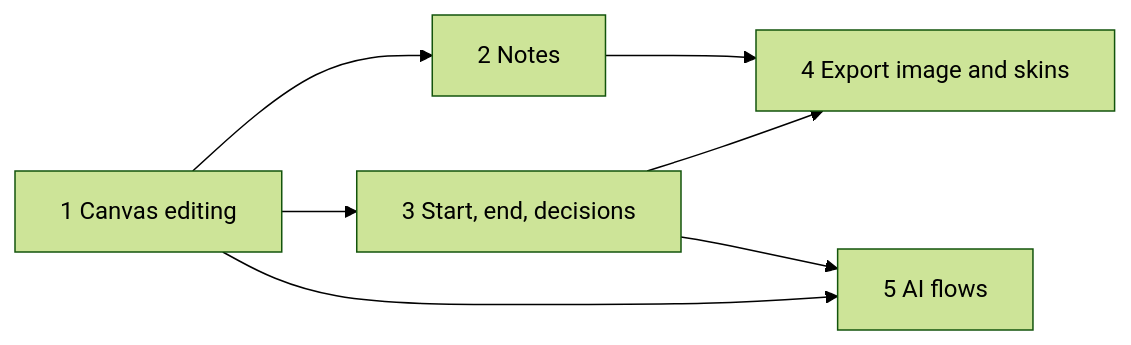
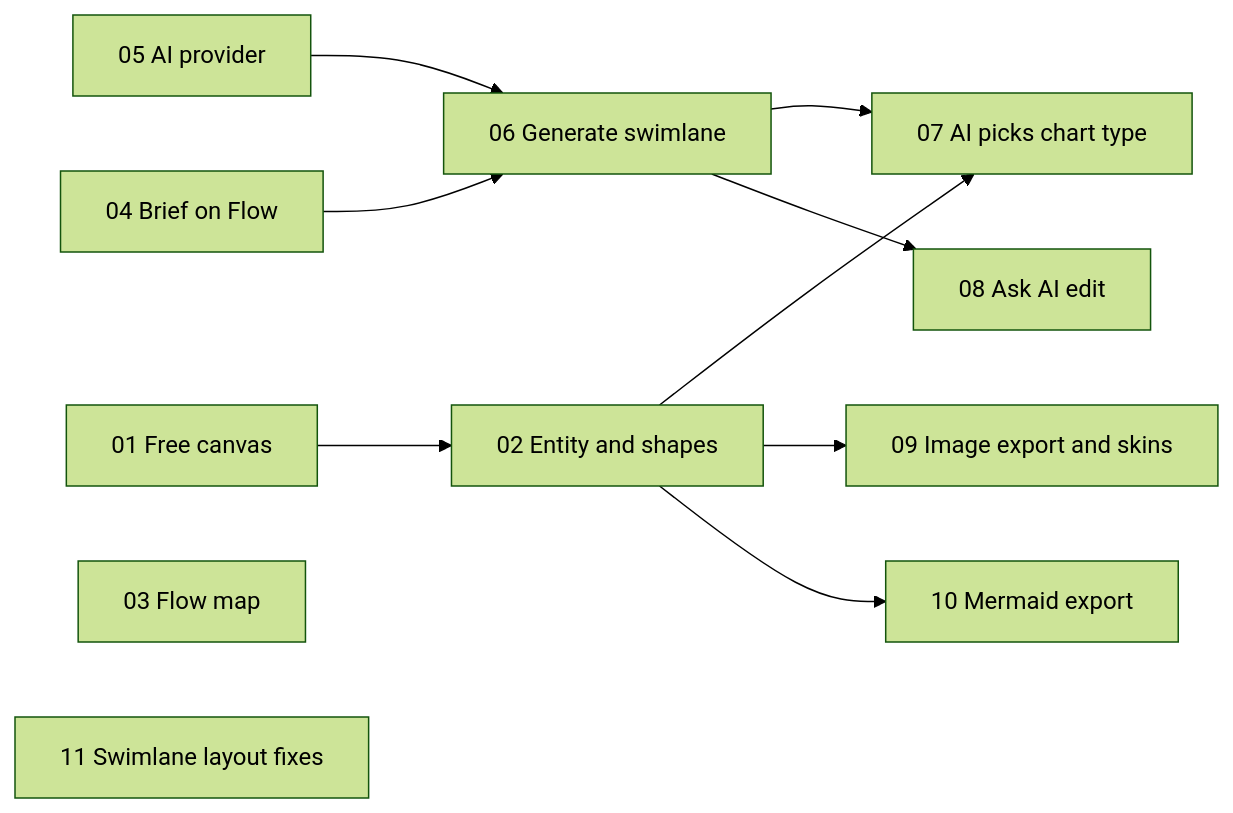
Before and after one commit to hayden-thai-berries/note-map-tool: the diagram in docs/PLAN-flow-canvas.md, drawn with Mermaid (forest theme). The commit also changed other lines of this file and 11 other files, not shown here.

First line of the commit message:
docs: plan phases 4 to 7 (free canvas, AI flows, Flow map) and ticket breakdown

````diff
--- a/docs/PLAN-flow-canvas.md
+++ b/docs/PLAN-flow-canvas.md
@@ -32,9 +36,13 @@
 ```mermaid
 flowchart LR
-  P1[1 Canvas editing] --> P2[2 Notes]
-  P1 --> P3[3 Start, end, decisions]
-  P2 --> P4[4 Export image and skins]
-  P3 --> P4
-  P1 --> P5[5 AI flows]
-  P3 --> P5
+  T5[05 AI provider] --> T6[06 Generate swimlane]
+  T4[04 Brief on Flow] --> T6
+  T1[01 Free canvas] --> T2[02 Entity and shapes]
+  T2 --> T7[07 AI picks chart type]
+  T6 --> T7
+  T6 --> T8[08 Ask AI edit]
+  T2 --> T9[09 Image export and skins]
+  T2 --> T10[10 Mermaid export]
+  T3[03 Flow map]
+  T11[11 Swimlane layout fixes]
 ```
````
